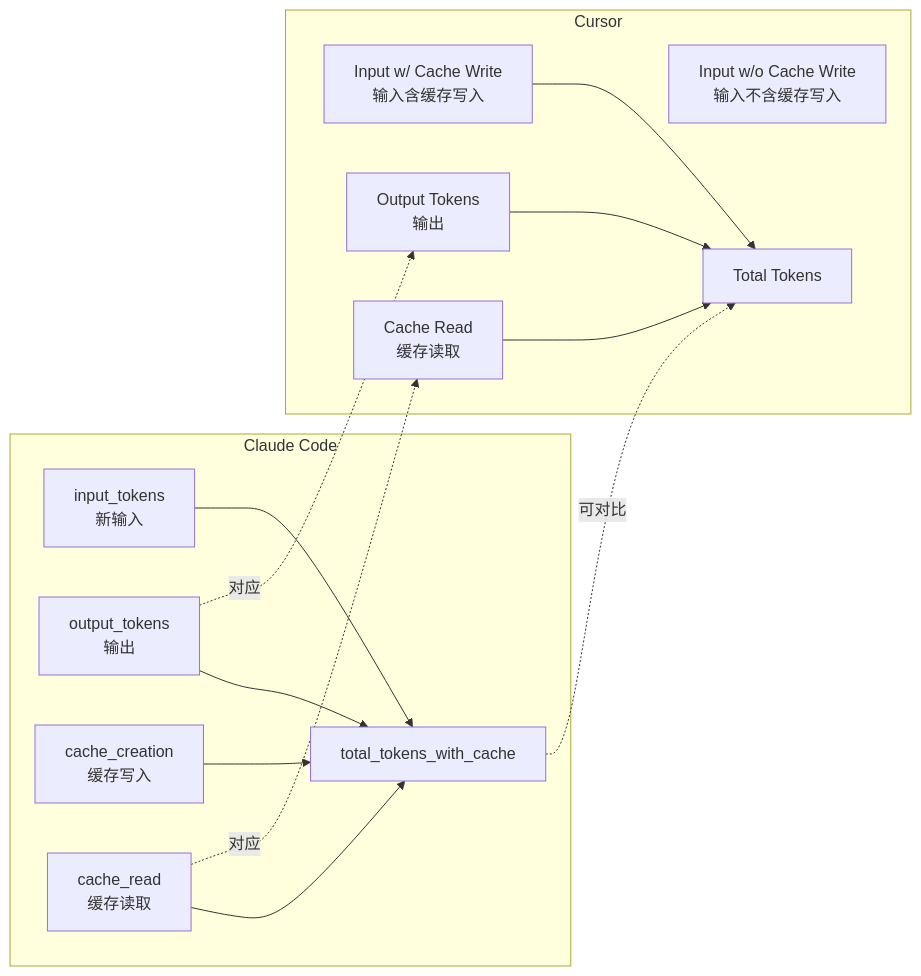
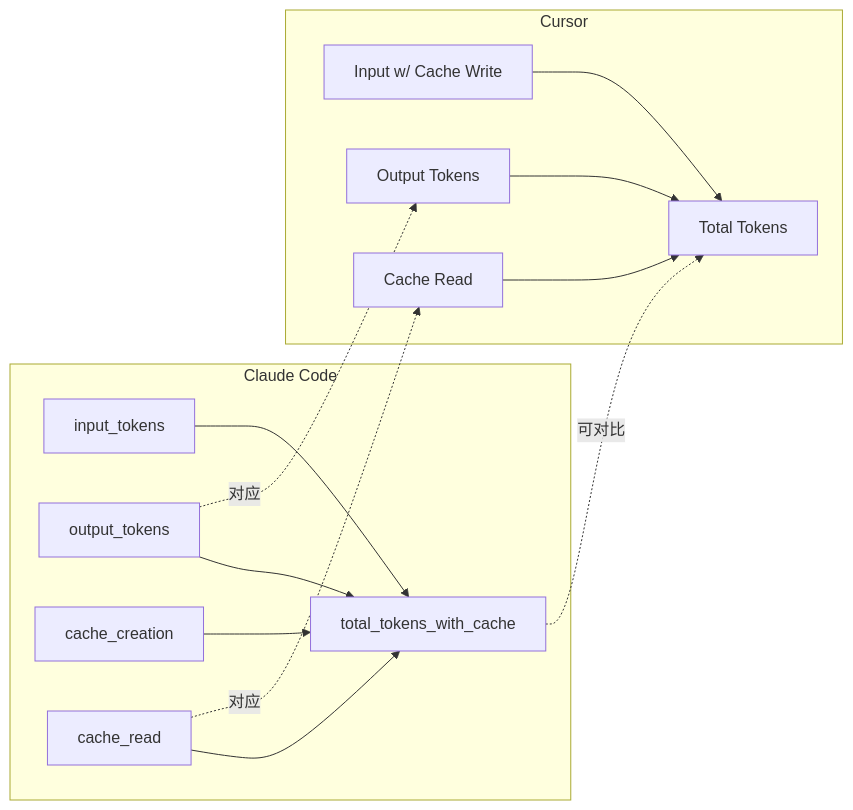
The third of 3 diagrams in docs/stats-calculation.md (Momoyeyu/token-usage), drawn with Mermaid before and after one commit. The commit also changed 1 other file, not shown here.

Commit message:
Fix Mermaid syntax for older versions
- Remove <br/> tags in node labels (not supported in Mermaid 9.1.7)
- Add subgraph IDs for better compatibility
- Simplify dotted line syntax

````diff
--- a/docs/stats-calculation.md
+++ b/docs/stats-calculation.md
@@ -224,31 +224,30 @@
 ```mermaid
 graph LR
-    subgraph Claude Code
-        CC_IN[input_tokens<br/>新输入]
-        CC_OUT[output_tokens<br/>输出]
-        CC_CW[cache_creation<br/>缓存写入]
-        CC_CR[cache_read<br/>缓存读取]
+    subgraph CC [Claude Code]
+        CC_IN[input_tokens]
+        CC_OUT[output_tokens]
+        CC_CW[cache_creation]
+        CC_CR[cache_read]
         CC_TOTAL[total_tokens_with_cache]
 
         CC_IN --> CC_TOTAL
         CC_OUT --> CC_TOTAL
         CC_CW --> CC_TOTAL
         CC_CR --> CC_TOTAL
     end
 
-    subgraph Cursor
-        CU_IN_W[Input w/ Cache Write<br/>输入含缓存写入]
-        CU_IN_WO[Input w/o Cache Write<br/>输入不含缓存写入]
-        CU_CR[Cache Read<br/>缓存读取]
-        CU_OUT[Output Tokens<br/>输出]
+    subgraph CU [Cursor]
+        CU_IN_W[Input w/ Cache Write]
+        CU_CR[Cache Read]
+        CU_OUT[Output Tokens]
         CU_TOTAL[Total Tokens]
 
         CU_IN_W --> CU_TOTAL
         CU_CR --> CU_TOTAL
         CU_OUT --> CU_TOTAL
     end
 
-    CC_TOTAL -.->|可对比| CU_TOTAL
-    CC_CR -.->|对应| CU_CR
-    CC_OUT -.->|对应| CU_OUT
+    CC_TOTAL -. 可对比 .-> CU_TOTAL
+    CC_CR -. 对应 .-> CU_CR
+    CC_OUT -. 对应 .-> CU_OUT
 ```
````
